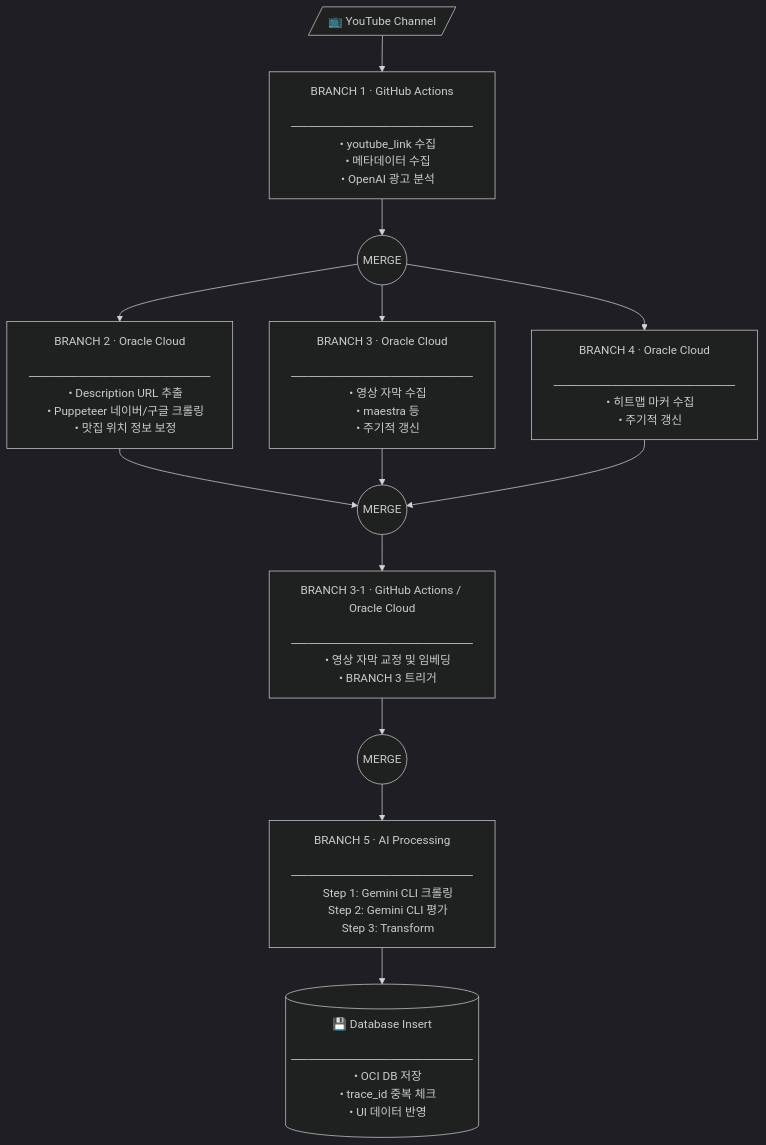
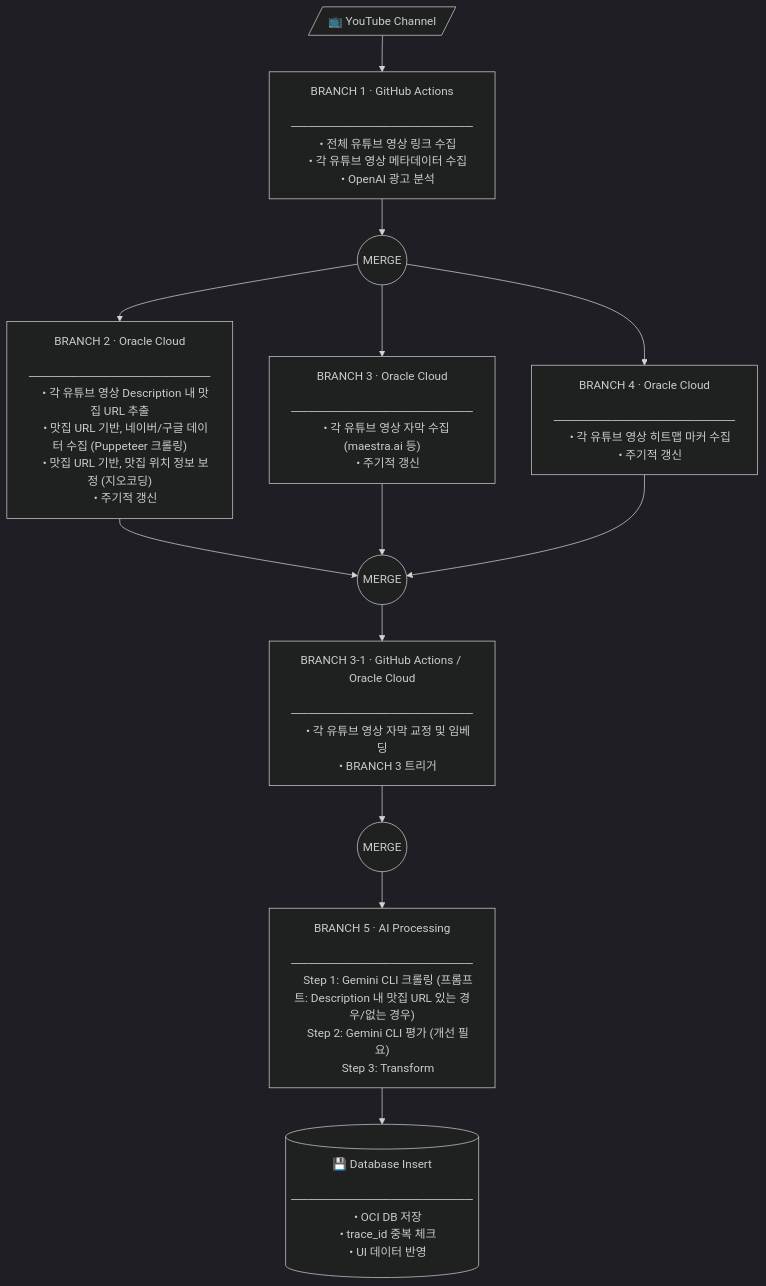
Before and after one commit to twoimo/tzudong: the diagram in backend/tzudong_pipeline_v2.0/README.md, drawn with Mermaid (dark theme).

Commit message:
UPDATE: Revise branch descriptions in README.md to provide more detailed and specific information about YouTube video processing steps, enhancing clarity and consistency in the pipeline flow diagram.

````diff
--- a/backend/tzudong_pipeline_v2.0/README.md
+++ b/backend/tzudong_pipeline_v2.0/README.md
@@ -108,59 +108,59 @@
 ```mermaid
 flowchart TD
     YT[/"📺 YouTube Channel"/]
 
     B1["BRANCH 1 · GitHub Actions
     ──────────────────────
-    • youtube_link 수집
-    • 메타데이터 수집
+    • 전체 유튜브 영상 링크 수집
+    • 각 유튜브 영상 메타데이터 수집
     • OpenAI 광고 분석"]
 
     M1(("MERGE"))
 
     B2["BRANCH 2 · Oracle Cloud
     ──────────────────────
-    • Description URL 추출
-    • Puppeteer 네이버/구글 크롤링
-    • 맛집 위치 정보 보정"]
+    • 각 유튜브 영상 Description 내 맛집 URL 추출
+    • 맛집 URL 기반, 네이버/구글 데이터 수집 (Puppeteer 크롤링)
+    • 맛집 URL 기반, 맛집 위치 정보 보정 (지오코딩)
+    • 주기적 갱신"]
 
     B3["BRANCH 3 · Oracle Cloud
     ──────────────────────
-    • 영상 자막 수집
-    • maestra 등
+    • 각 유튜브 영상 자막 수집 (maestra.ai 등)
     • 주기적 갱신"]
 
     B4["BRANCH 4 · Oracle Cloud
     ──────────────────────
-    • 히트맵 마커 수집
+    • 각 유튜브 영상 히트맵 마커 수집
     • 주기적 갱신"]
 
     M2(("MERGE"))
 
     B3_1["BRANCH 3-1 · GitHub Actions / Oracle Cloud
     ──────────────────────
-    • 영상 자막 교정 및 임베딩
+    • 각 유튜브 영상 자막 교정 및 임베딩
     • BRANCH 3 트리거"]
 
     M3(("MERGE"))
 
     B5["BRANCH 5 · AI Processing
     ──────────────────────
-    Step 1: Gemini CLI 크롤링
-    Step 2: Gemini CLI 평가
+    Step 1: Gemini CLI 크롤링 (프롬프트: Description 내 맛집 URL 있는 경우/없는 경우)
+    Step 2: Gemini CLI 평가 (개선 필요)
     Step 3: Transform"]
 
     DB[("💾 Database Insert
     ──────────────────────
     • OCI DB 저장
     • trace_id 중복 체크
     • UI 데이터 반영")]
 
     YT --> B1 --> M1
     M1 --> B2
     M1 --> B3
     M1 --> B4
     B2 --> M2
     B3 --> M2
     B4 --> M2
     M2 --> B3_1 --> M3 --> B5 --> DB
 ```
````
